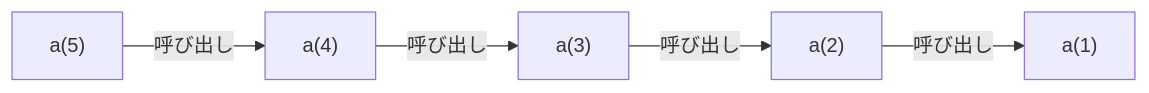
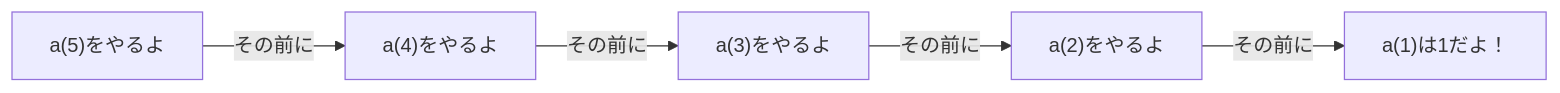
One commit to t-cool/py changed the diagram in docs/2-data-and-algorithm/06-recursion/index.mdx. Above: the diagram before and after it, drawn with Mermaid. The commit also changed other lines of this file and 202 other files, not shown here.

````diff
--- a/docs/2-data-and-algorithm/06-recursion/index.mdx
+++ b/docs/2-data-and-algorithm/06-recursion/index.mdx
@@ -55,7 +28,7 @@
 ```mermaid
 flowchart LR
-    5["a(5)"] -- 呼び出し --> 4["a(4)"]
-    4["a(4)"] -- 呼び出し --> 3["a(3)"]
-    3["a(3)"] -- 呼び出し --> 2["a(2)"]
-    2["a(2)"] -- 呼び出し --> 1["a(1)"]
+    5["a(5)をやるよ"] -- その前に --> 4["a(4)をやるよ"]
+    4["a(4)をやるよ"] -- その前に --> 3["a(3)をやるよ"]
+    3["a(3)をやるよ"] -- その前に --> 2["a(2)をやるよ"]
+    2["a(2)をやるよ"] -- その前に --> 1["a(1)は1だよ！"]
 ```
````
